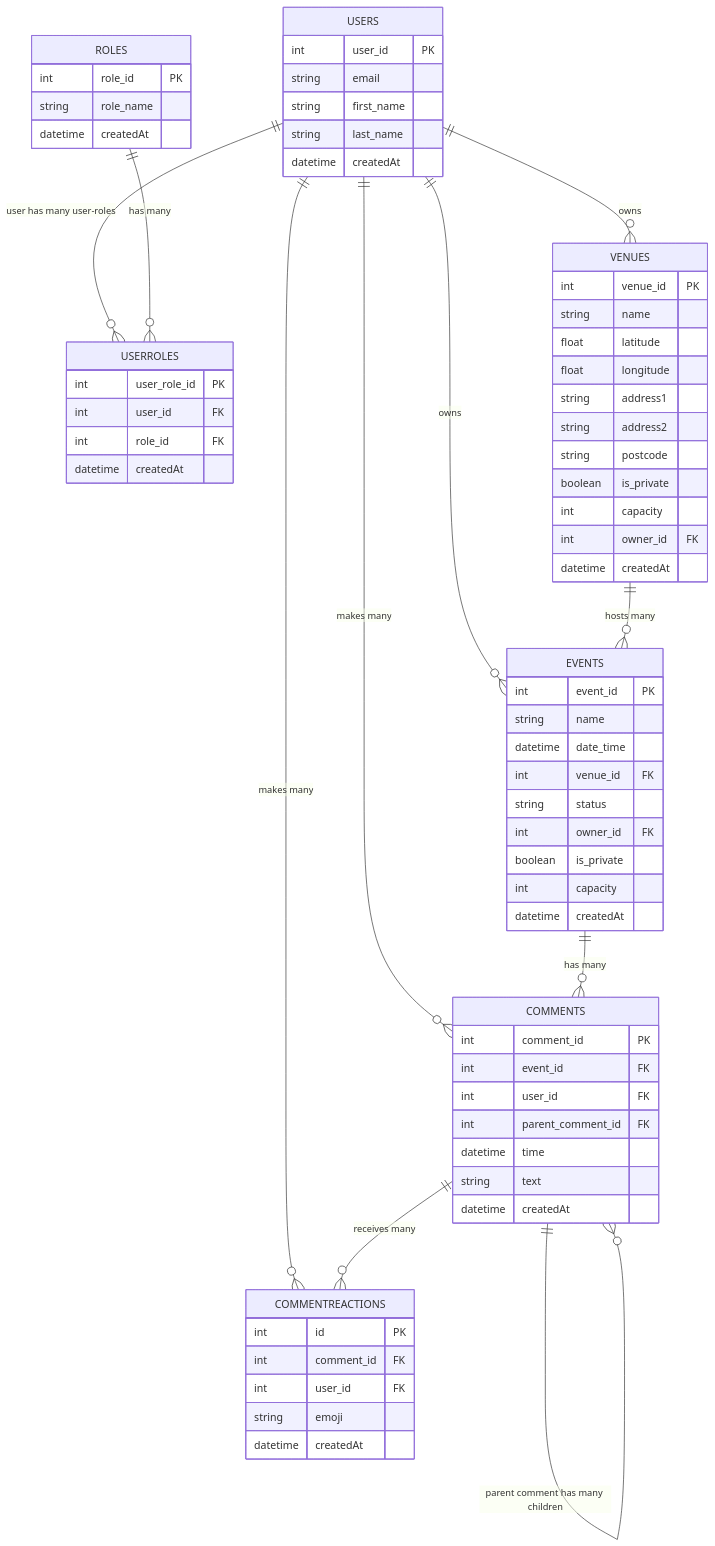
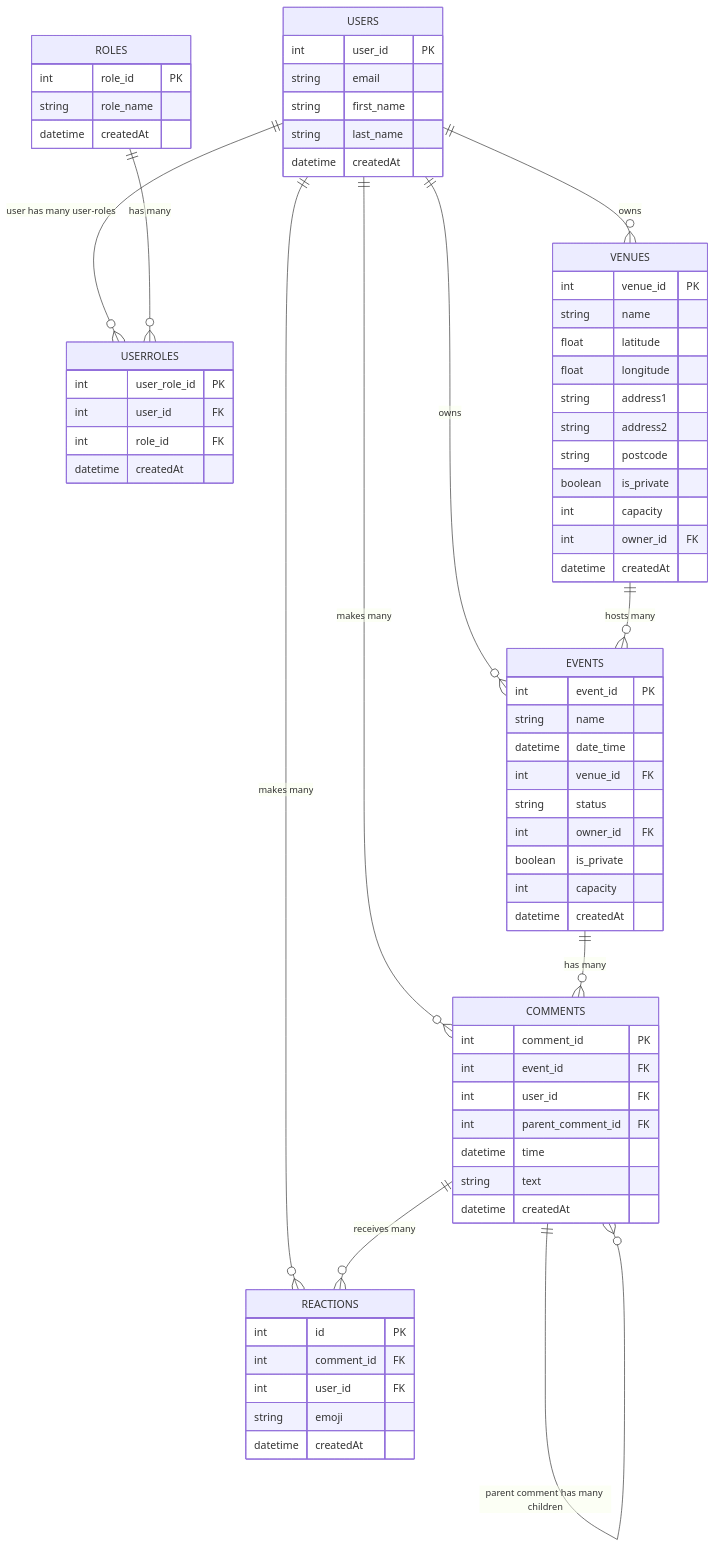
One commit to rossmawd/silver-spoon changed the diagram in relational-db-mark-one.mermaid. Above: the diagram before and after it, drawn with Mermaid.

Commit message:
renamed commentReactions to Reactions to make it clear that it is not a join table

```diff
--- a/relational-db-mark-one.mermaid
+++ b/relational-db-mark-one.mermaid
@@ -1,77 +1,77 @@
 erDiagram
 
     USERS {
         int user_id PK
         string email
         string first_name
         string last_name
         datetime createdAt
     }
     
     ROLES {
         int role_id PK
         string role_name
         datetime createdAt
     }
     
     USERROLES {
         int user_role_id PK
         int user_id FK
         int role_id FK
         datetime createdAt
     }
     
     EVENTS {
         int event_id PK
         string name
         datetime date_time
         int venue_id FK
         string status
         int owner_id FK
         boolean is_private
         int capacity
         datetime createdAt
     }
     
     VENUES {
         int venue_id PK
         string name
         float latitude
         float longitude
         string address1
         string address2
         string postcode
         boolean is_private
         int capacity
         int owner_id FK
         datetime createdAt
     }
     
     COMMENTS {
         int comment_id PK
         int event_id FK
         int user_id FK
         int parent_comment_id FK
         datetime time
         string text
         datetime createdAt
     }
     
-    COMMENTREACTIONS {
+    REACTIONS {
         int id PK
         int comment_id FK
         int user_id FK
         string emoji
         datetime createdAt
     }
 
     USERS ||--o{ USERROLES: "user has many user-roles"
     ROLES ||--o{ USERROLES: "has many"
     USERS ||--o{ EVENTS: "owns"
     USERS ||--o{ VENUES: "owns"
     USERS ||--o{ COMMENTS: "makes many"
-    USERS ||--o{ COMMENTREACTIONS: "makes many"
+    USERS ||--o{ REACTIONS: "makes many"
     EVENTS ||--o{ COMMENTS: "has many"
-    COMMENTS ||--o{ COMMENTREACTIONS: "receives many"
+    COMMENTS ||--o{ REACTIONS: "receives many"
     COMMENTS ||--o{ COMMENTS: "parent comment has many children"
     VENUES ||--o{ EVENTS: "hosts many"
```
